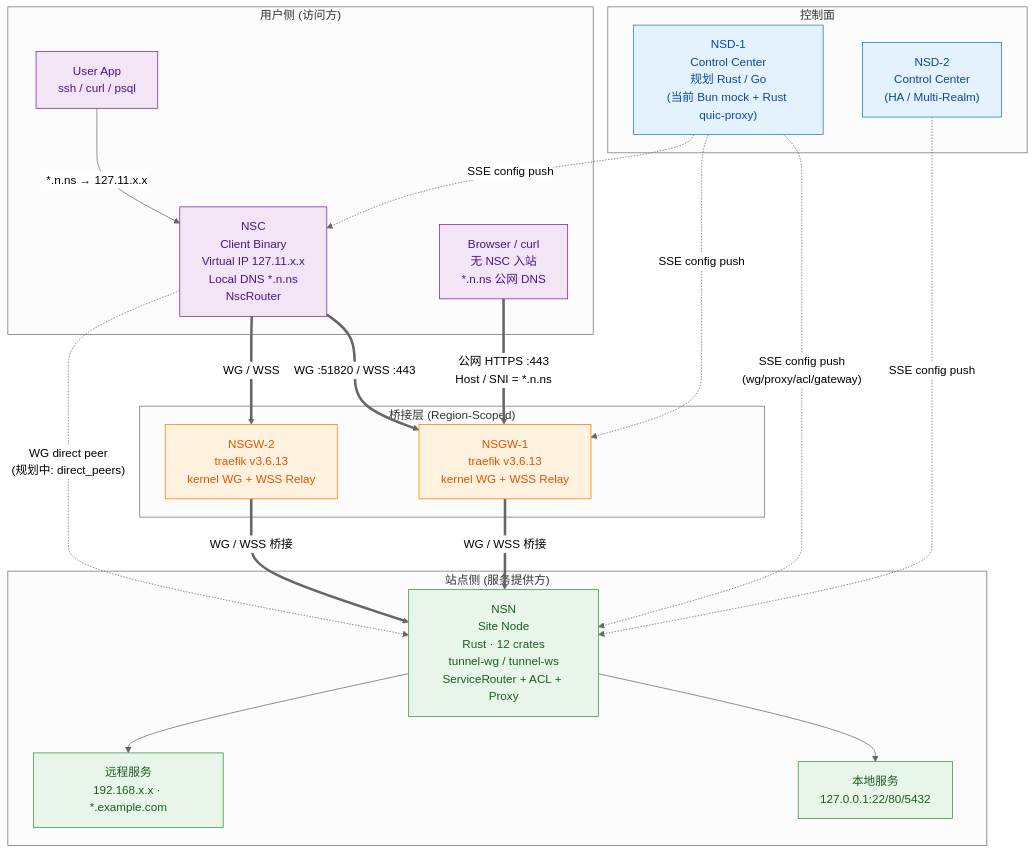
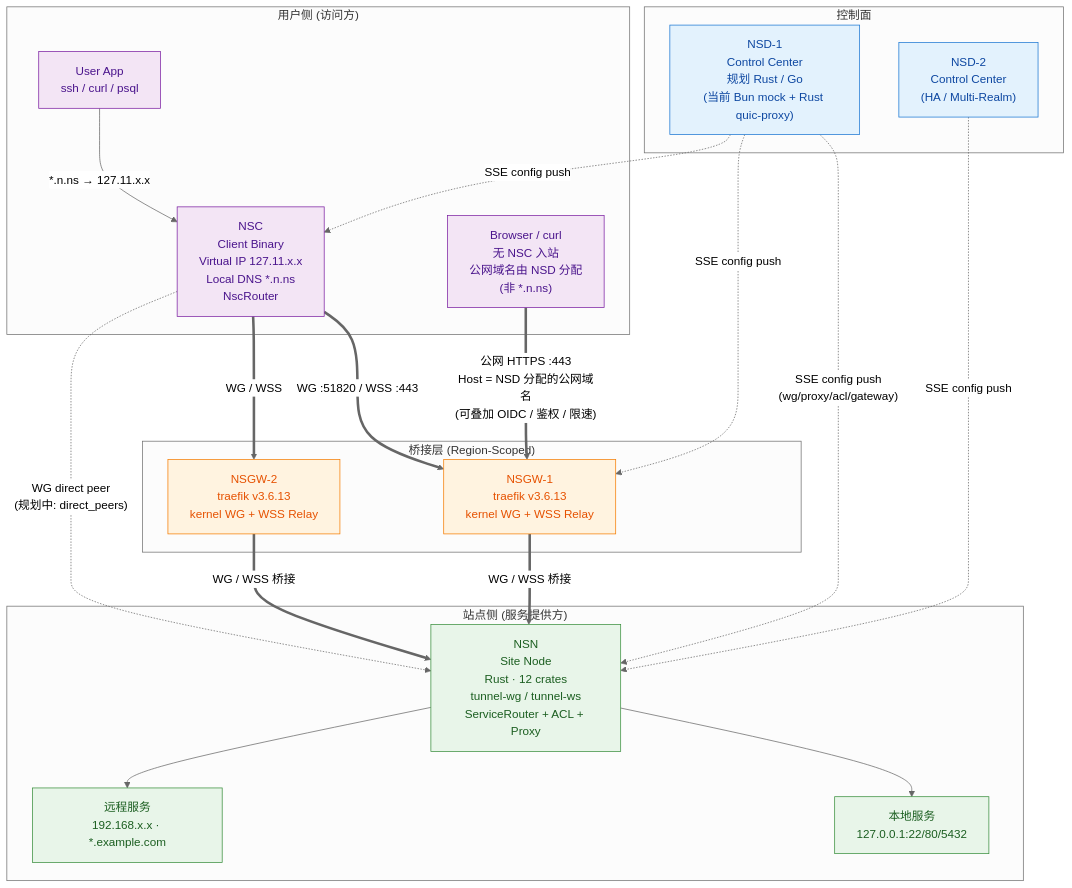
The diagram in docs/01-overview/diagrams/ecosystem.mmd (nsiod/docs), drawn with Mermaid (neutral theme) before and after one commit. The commit also changed 3 other files, not shown here.

```diff
--- a/docs/01-overview/diagrams/ecosystem.mmd
+++ b/docs/01-overview/diagrams/ecosystem.mmd
@@ -1,55 +1,56 @@
 %% NSIO 生态四组件关系图
 %% 用途: 说明 NSD/NSGW/NSN/NSC 四个组件的职责边界与连接关系
 graph TB
     subgraph Control["控制面"]
         NSD1["NSD-1<br/>Control Center<br/>规划 Rust / Go<br/>(当前 Bun mock + Rust quic-proxy)"]
         NSD2["NSD-2<br/>Control Center<br/>(HA / Multi-Realm)"]
     end
 
     subgraph Bridge["桥接层 (Region-Scoped)"]
         GW1["NSGW-1<br/>traefik v3.6.13<br/>kernel WG + WSS Relay"]
         GW2["NSGW-2<br/>traefik v3.6.13<br/>kernel WG + WSS Relay"]
     end
 
     subgraph Site["站点侧 (服务提供方)"]
         NSN["NSN<br/>Site Node<br/>Rust · 12 crates<br/>tunnel-wg / tunnel-ws<br/>ServiceRouter + ACL + Proxy"]
         LOCAL["本地服务<br/>127.0.0.1:22/80/5432"]
         REMOTE["远程服务<br/>192.168.x.x · *.example.com"]
     end
 
     subgraph User["用户侧 (访问方)"]
         NSC["NSC<br/>Client Binary<br/>Virtual IP 127.11.x.x<br/>Local DNS *.n.ns<br/>NscRouter"]
         APP["User App<br/>ssh / curl / psql"]
-        BROWSER["Browser / curl<br/>无 NSC 入站<br/>*.n.ns 公网 DNS"]
+        BROWSER["Browser / curl<br/>无 NSC 入站<br/>公网域名由 NSD 分配<br/>(非 *.n.ns)"]
     end
 
     NSD1 -. "SSE config push<br/>(wg/proxy/acl/gateway)" .-> NSN
     NSD2 -. "SSE config push" .-> NSN
     NSD1 -. "SSE config push" .-> GW1
     NSD1 -. "SSE config push" .-> NSC
 
     APP -->|"*.n.ns → 127.11.x.x"| NSC
     NSC ==>|"WG :51820 / WSS :443"| GW1
     NSC ==>|"WG / WSS"| GW2
     GW1 ==>|"WG / WSS 桥接"| NSN
     GW2 ==>|"WG / WSS 桥接"| NSN
 
     %% 直连路径: WG PeerConfig 机制层面支持任意 endpoint,
     %% 双方可达时 NSC 与 NSN 可直接对等; 控制面下发 direct_peers 为规划中能力
     NSC -. "WG direct peer<br/>(规划中: direct_peers)" .-> NSN
 
     %% 无 NSC 入站: 浏览器/curl 直接打 NSGW :443,
-    %% traefik 读 Host / SNI 后桥接到目标 NSN (站点主动对外暴露 HTTP/S 的场景)
-    BROWSER ==>|"公网 HTTPS :443<br/>Host / SNI = *.n.ns"| GW1
+    %% 公网域名由 NSD 单独签发(非 *.n.ns — 后者 NSC 专属);
+    %% traefik 按 Host/SNI 路由到目标 NSN, 并可在此层叠加 OIDC / 鉴权 / 限速等中间件
+    BROWSER ==>|"公网 HTTPS :443<br/>Host = NSD 分配的公网域名<br/>(可叠加 OIDC / 鉴权 / 限速)"| GW1
 
     NSN --> LOCAL
     NSN --> REMOTE
 
     classDef ctrl fill:#e3f2fd,stroke:#1976d2,color:#0d47a1
     classDef gw fill:#fff3e0,stroke:#f57c00,color:#e65100
     classDef site fill:#e8f5e9,stroke:#388e3c,color:#1b5e20
     classDef user fill:#f3e5f5,stroke:#7b1fa2,color:#4a148c
     class NSD1,NSD2 ctrl
     class GW1,GW2 gw
     class NSN,LOCAL,REMOTE site
     class NSC,APP,BROWSER user
```
